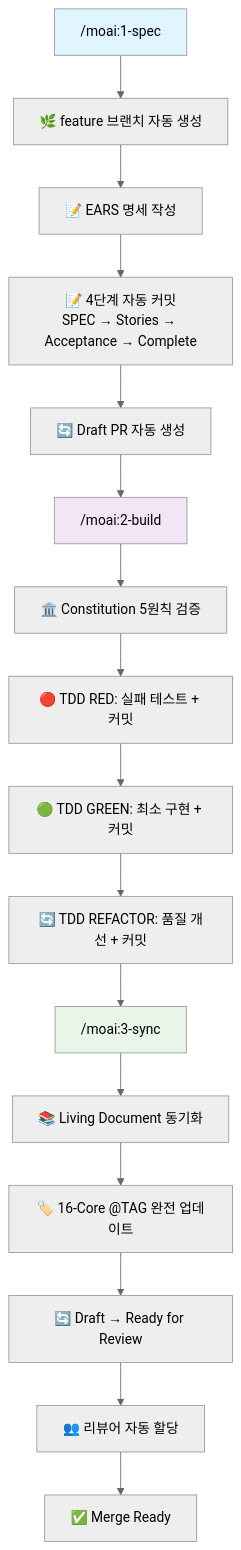
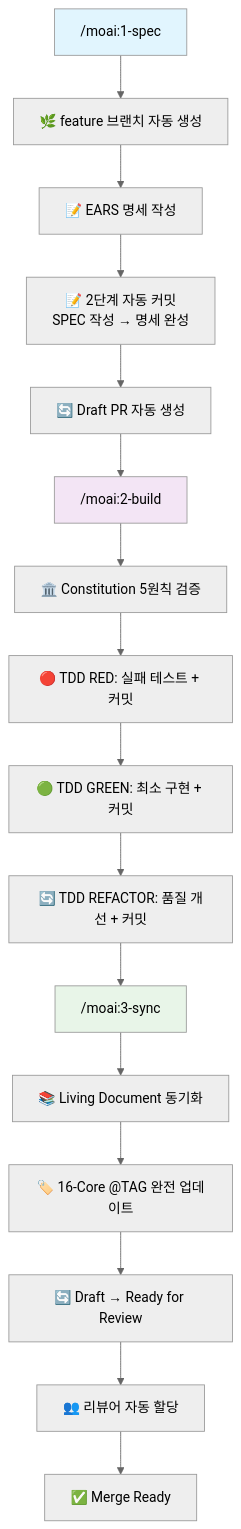
Before and after one commit to modu-ai/moai-adk: the second of 2 diagrams in docs/MOAI-ADK-0.2.1-GUIDE.md, drawn with Mermaid (neutral theme). The commit also changed other lines of this file and 17 other files, not shown here.

````diff
--- a/docs/MOAI-ADK-0.2.1-GUIDE.md
+++ b/docs/MOAI-ADK-0.2.1-GUIDE.md
@@ -86,24 +86,24 @@
 ```mermaid
 graph TD
     A["/moai:1-spec"] --> A1[🌿 feature 브랜치 자동 생성]
     A1 --> A2[📝 EARS 명세 작성]
-    A2 --> A3[📝 4단계 자동 커밋<br/>SPEC → Stories → Acceptance → Complete]
+    A2 --> A3[📝 2단계 자동 커밋<br/>SPEC 작성 → 명세 완성]
     A3 --> A4[🔄 Draft PR 자동 생성]
 
     A4 --> B["/moai:2-build"]
     B --> B1[🏛️ Constitution 5원칙 검증]
     B1 --> B2[🔴 TDD RED: 실패 테스트 + 커밋]
     B2 --> B3[🟢 TDD GREEN: 최소 구현 + 커밋]
     B3 --> B4[🔄 TDD REFACTOR: 품질 개선 + 커밋]
 
     B4 --> C["/moai:3-sync"]
     C --> C1[📚 Living Document 동기화]
     C1 --> C2[🏷️ 16-Core @TAG 완전 업데이트]
     C2 --> C3[🔄 Draft → Ready for Review]
     C3 --> C4[👥 리뷰어 자동 할당]
     C4 --> C5[✅ Merge Ready]
 
     style A fill:#e1f5fe
     style B fill:#f3e5f5
     style C fill:#e8f5e8
 ```
````
